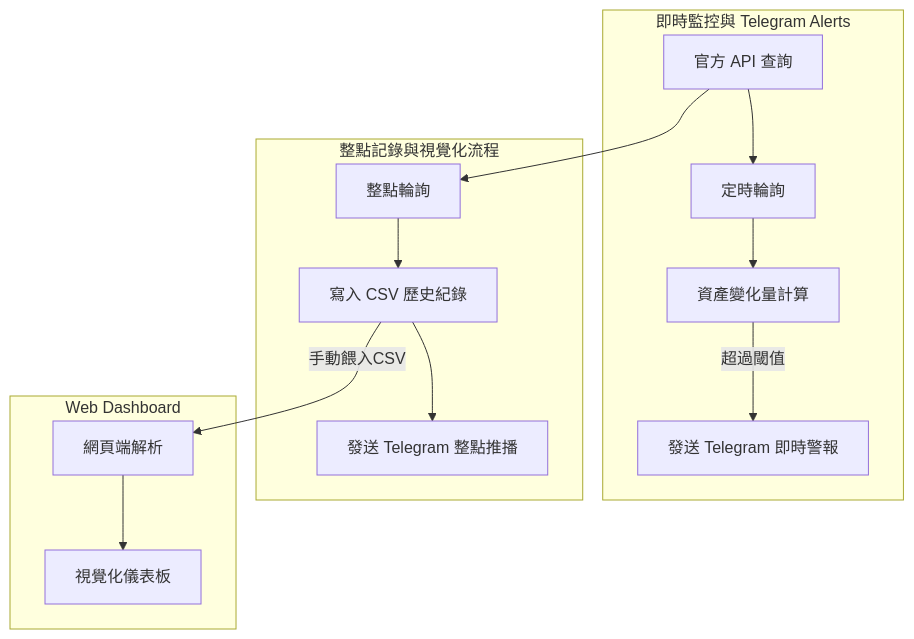
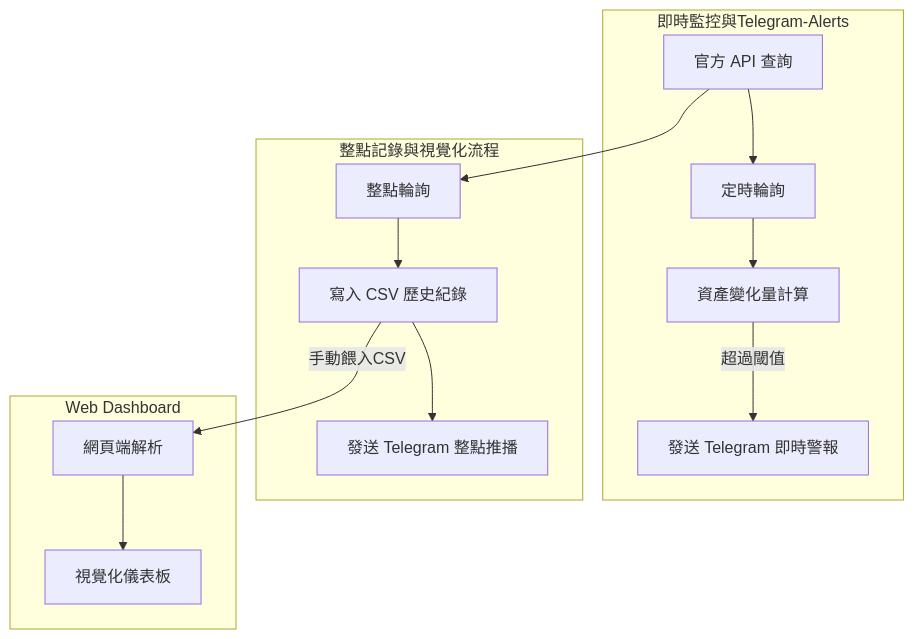
The diagram in README.md (Zianwalk/lit-monitor-bot-showcase), drawn with Mermaid before and after one commit. The commit also changed other lines of this file, not shown here.

Commit message:
Modify subgraph title and add core features
Updated subgraph title and added core features section.

````diff
--- a/README.md
+++ b/README.md
@@ -30,22 +30,22 @@
 ```mermaid
 flowchart TD
 
     API[官方 API 查詢]
 
-    subgraph 即時監控與 Telegram Alerts
+    subgraph 即時監控與Telegram-Alerts
         API --> POLL[定時輪詢]
         POLL --> DELTA[資產變化量計算]
         DELTA -->|超過閾值| ALERT[發送 Telegram 即時警報]
     end
 
     subgraph 整點記錄與視覺化流程
         API --> HOUR[整點輪詢]
         HOUR --> CSV[寫入 CSV 歷史紀錄]
         CSV --> tg_record[發送 Telegram 整點推播]
     end
 
     subgraph Web Dashboard
         CSV --> |手動餵入CSV|WEB[網頁端解析]
         WEB --> DASH[視覺化儀表板]
     end
 ```
````
